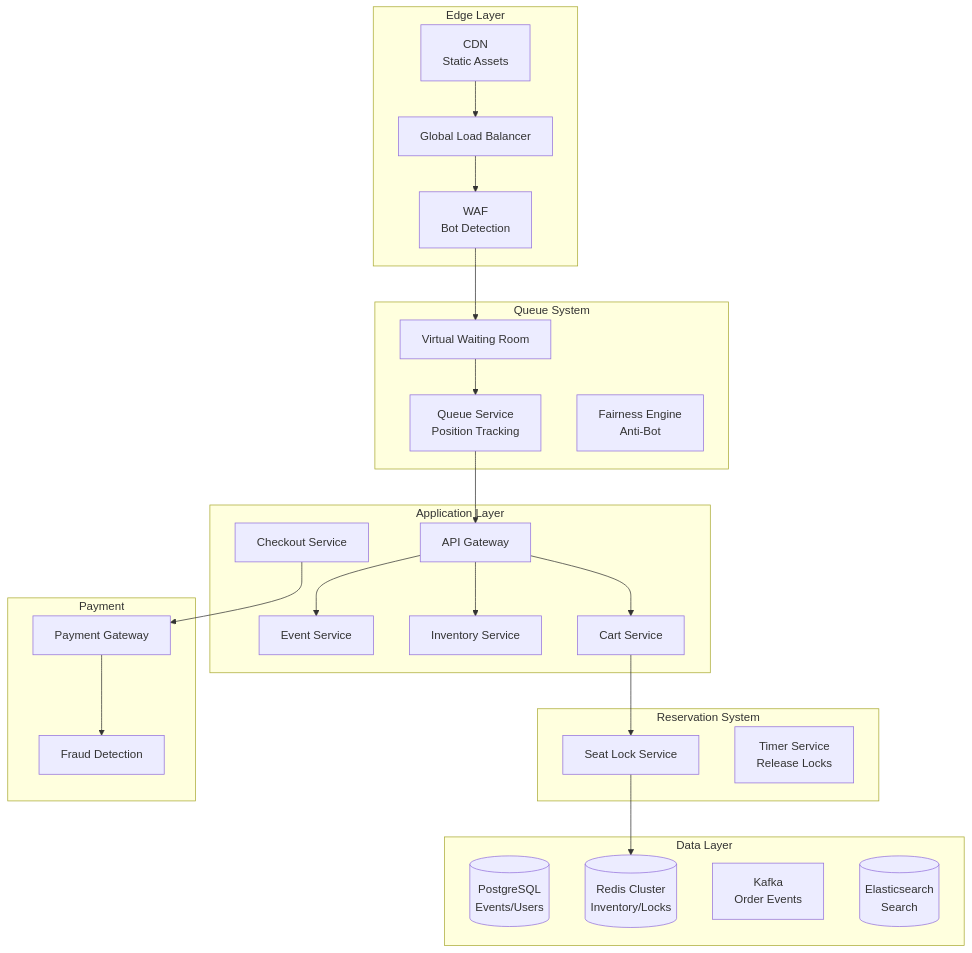
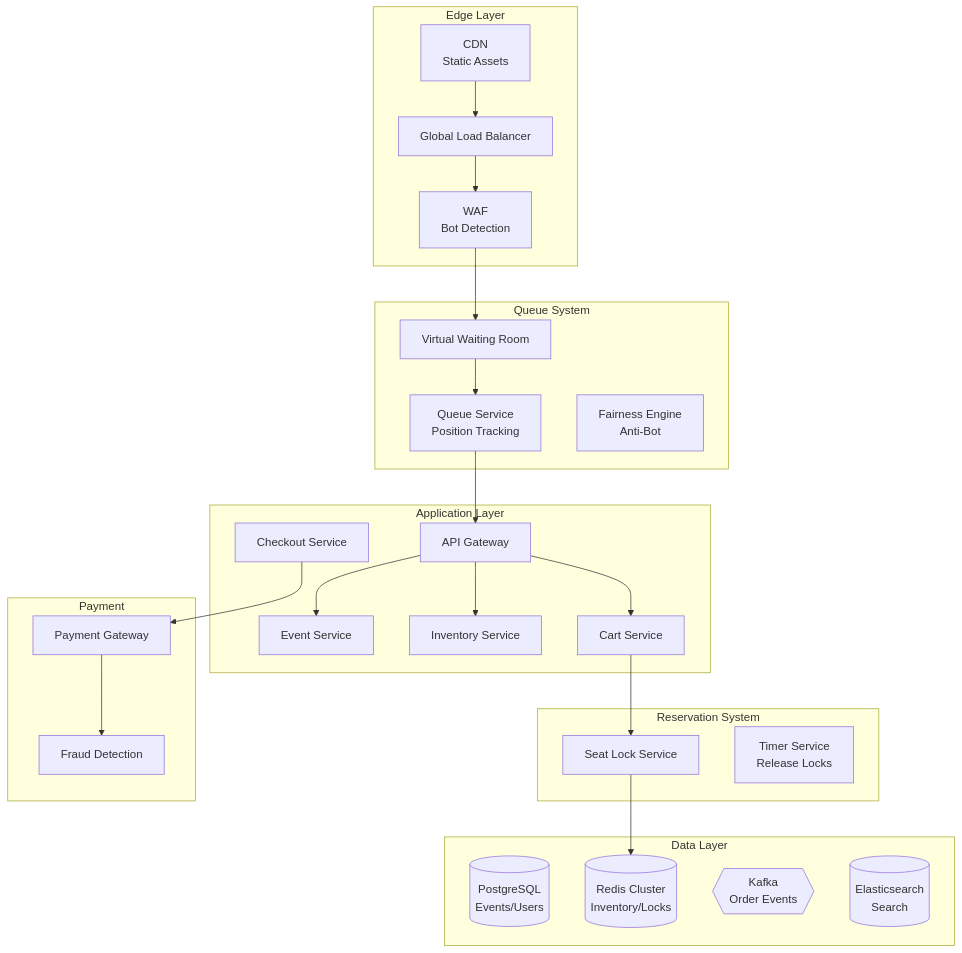
Before and after one commit to ShanmugaGanesh1999/Portfolio: the diagram in docs/prep/System Design/06-Case-Studies/04-ticketmaster.md, drawn with Mermaid. The commit also changed 40 other files, not shown here.

First line of the commit message:
Refactor diagram node rendering to use reusable shape components

````diff
--- a/docs/prep/System Design/06-Case-Studies/04-ticketmaster.md
+++ b/docs/prep/System Design/06-Case-Studies/04-ticketmaster.md
@@ -52,52 +52,52 @@
 ```mermaid
 graph TD
     subgraph Edge Layer
         CDN[CDN<br/>Static Assets]
         LB[Global Load Balancer]
         WAF[WAF<br/>Bot Detection]
     end
     
     subgraph Queue System
         VWR[Virtual Waiting Room]
         QUEUE[Queue Service<br/>Position Tracking]
         FAIRNESS[Fairness Engine<br/>Anti-Bot]
     end
     
     subgraph Application Layer
         API[API Gateway]
         EVENT[Event Service]
         INVENTORY[Inventory Service]
         CART[Cart Service]
         CHECKOUT[Checkout Service]
     end
     
     subgraph Reservation System
         SEAT[Seat Lock Service]
         TIMER[Timer Service<br/>Release Locks]
     end
     
     subgraph Data Layer
         PG[(PostgreSQL<br/>Events/Users)]
         REDIS[(Redis Cluster<br/>Inventory/Locks)]
-        KAFKA[Kafka<br/>Order Events]
+        KAFKA{{Kafka<br/>Order Events}}
         ES[(Elasticsearch<br/>Search)]
     end
     
     subgraph Payment
         PAY[Payment Gateway]
         FRAUD[Fraud Detection]
     end
     
     CDN --> LB
     LB --> WAF
     WAF --> VWR
     VWR --> QUEUE
     QUEUE --> API
     API --> EVENT
     API --> INVENTORY
     API --> CART
     CART --> SEAT
     SEAT --> REDIS
     CHECKOUT --> PAY
     PAY --> FRAUD
 ```
````
